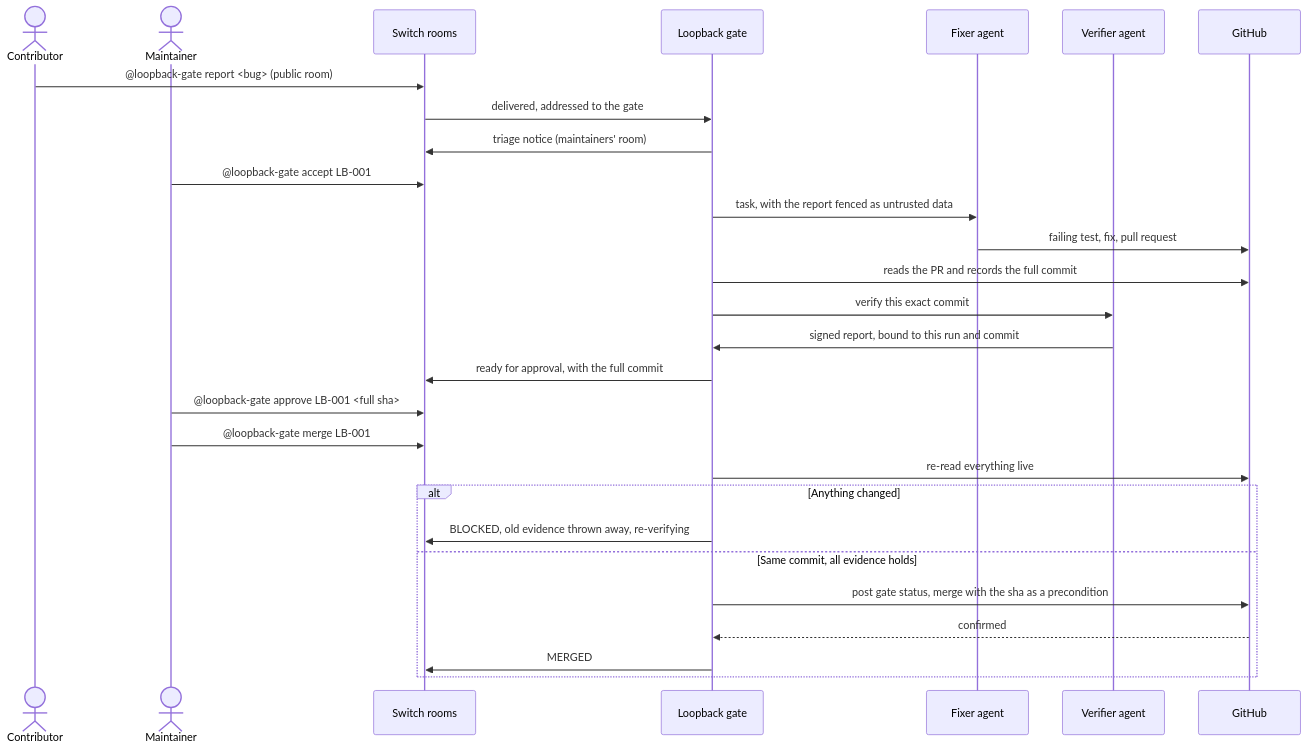
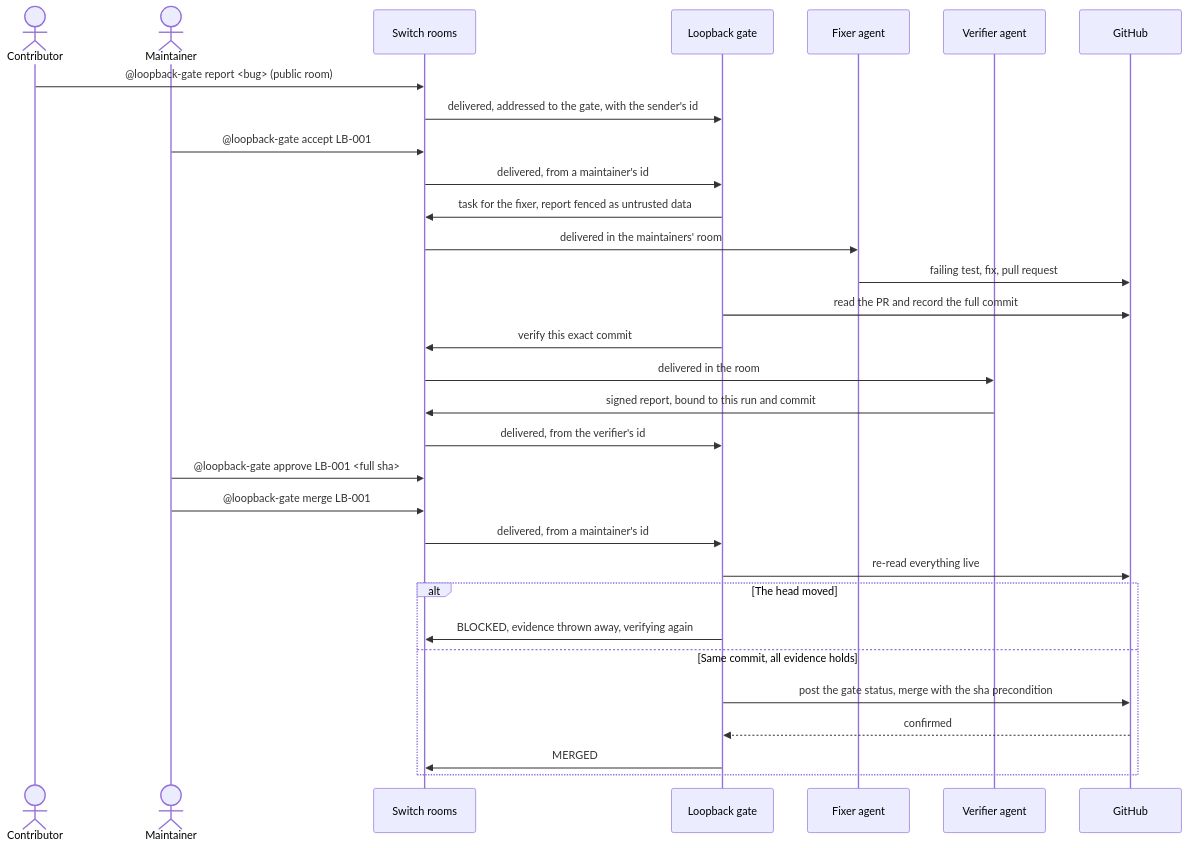
The second of 3 diagrams in README.md (devprashant19/loopbackv2), drawn with Mermaid before and after one commit. The commit also changed other lines of this file and 22 other files, not shown here.

````diff
--- a/README.md
+++ b/README.md
@@ -86,31 +136,34 @@
 ```mermaid
 sequenceDiagram
     actor R as Contributor
     actor M as Maintainer
     participant S as Switch rooms
     participant G as Loopback gate
     participant F as Fixer agent
     participant V as Verifier agent
     participant H as GitHub
 
     R->>S: @loopback-gate report <bug> (public room)
-    S->>G: delivered, addressed to the gate
-    G->>S: triage notice (maintainers' room)
+    S->>G: delivered, addressed to the gate, with the sender's id
     M->>S: @loopback-gate accept LB-001
-    G->>F: task, with the report fenced as untrusted data
+    S->>G: delivered, from a maintainer's id
+    G->>S: task for the fixer, report fenced as untrusted data
+    S->>F: delivered in the maintainers' room
     F->>H: failing test, fix, pull request
-    G->>H: reads the PR and records the full commit
-    G->>V: verify this exact commit
-    V->>G: signed report, bound to this run and commit
-    G->>S: ready for approval, with the full commit
+    G->>H: read the PR and record the full commit
+    G->>S: verify this exact commit
+    S->>V: delivered in the room
+    V->>S: signed report, bound to this run and commit
+    S->>G: delivered, from the verifier's id
     M->>S: @loopback-gate approve LB-001 <full sha>
     M->>S: @loopback-gate merge LB-001
+    S->>G: delivered, from a maintainer's id
     G->>H: re-read everything live
-    alt Anything changed
-        G->>S: BLOCKED, old evidence thrown away, re-verifying
+    alt The head moved
+        G->>S: BLOCKED, evidence thrown away, verifying again
     else Same commit, all evidence holds
-        G->>H: post gate status, merge with the sha as a precondition
+        G->>H: post the gate status, merge with the sha precondition
         H-->>G: confirmed
         G->>S: MERGED
     end
 ```
````
